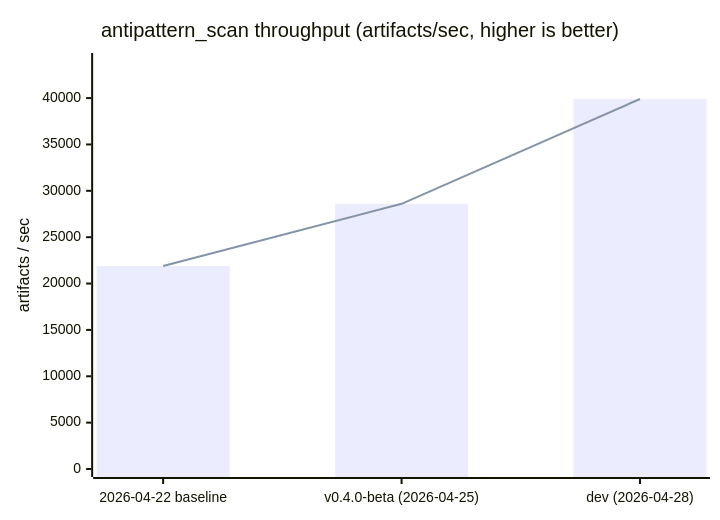
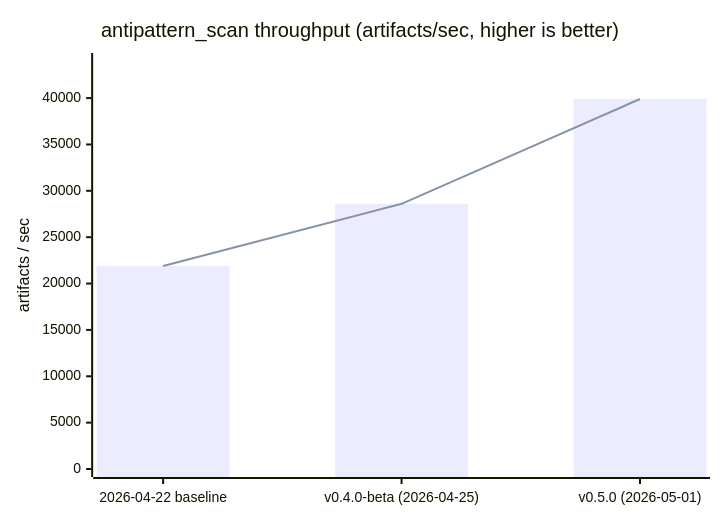
The diagram in README.md (eddacraft/eddacraft-tui), drawn with Mermaid before and after one commit. The commit also changed other lines of this file and 5 other files, not shown here.

````diff
--- a/README.md
+++ b/README.md
@@ -356,8 +356,8 @@
 ```mermaid
 xychart-beta
     title "antipattern_scan throughput (artifacts/sec, higher is better)"
-    x-axis ["2026-04-22 baseline", "v0.4.0-beta (2026-04-25)", "dev (2026-04-28)"]
+    x-axis ["2026-04-22 baseline", "v0.4.0-beta (2026-04-25)", "v0.5.0 (2026-05-01)"]
     y-axis "artifacts / sec" 0 --> 44000
     bar [21900, 28600, 39900]
     line [21900, 28600, 39900]
 ```
````
